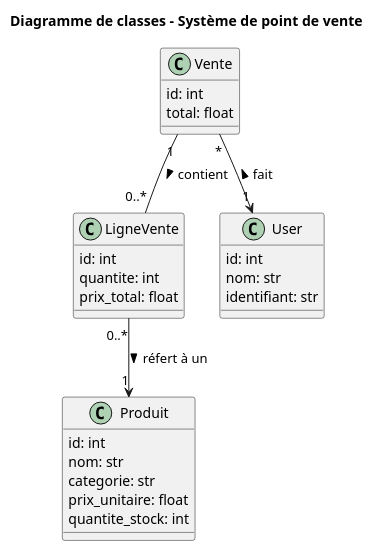
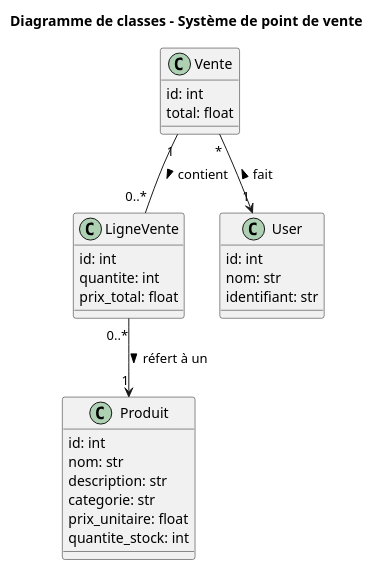
The diagram in docs/diagrams/class_diagram.puml (LojanArunasalam/LOG430-Lab1), drawn with PlantUML before and after one commit. The commit also changed 11 other files, not shown here.

```diff
--- a/docs/diagrams/class_diagram.puml
+++ b/docs/diagrams/class_diagram.puml
@@ -1,35 +1,36 @@
 @startuml
 
 title Diagramme de classes - Système de point de vente
 
 class Produit {
   id: int
   nom: str
+  description: str
   categorie: str
   prix_unitaire: float
   quantite_stock: int
 }
 
 class Vente {
   id: int
   total: float
 }
 
 class LigneVente {
   id: int
   quantite: int
   prix_total: float
 }
 
 class User {
   id: int
   nom: str
   identifiant: str
 }
 
 ' Relations entre classes
 Vente "1" -- "0..*" LigneVente : contient >
 LigneVente "0..*" --> "1" Produit : réfert à un >
 Vente "*" --> "1" User : < fait
 
 @enduml
```
